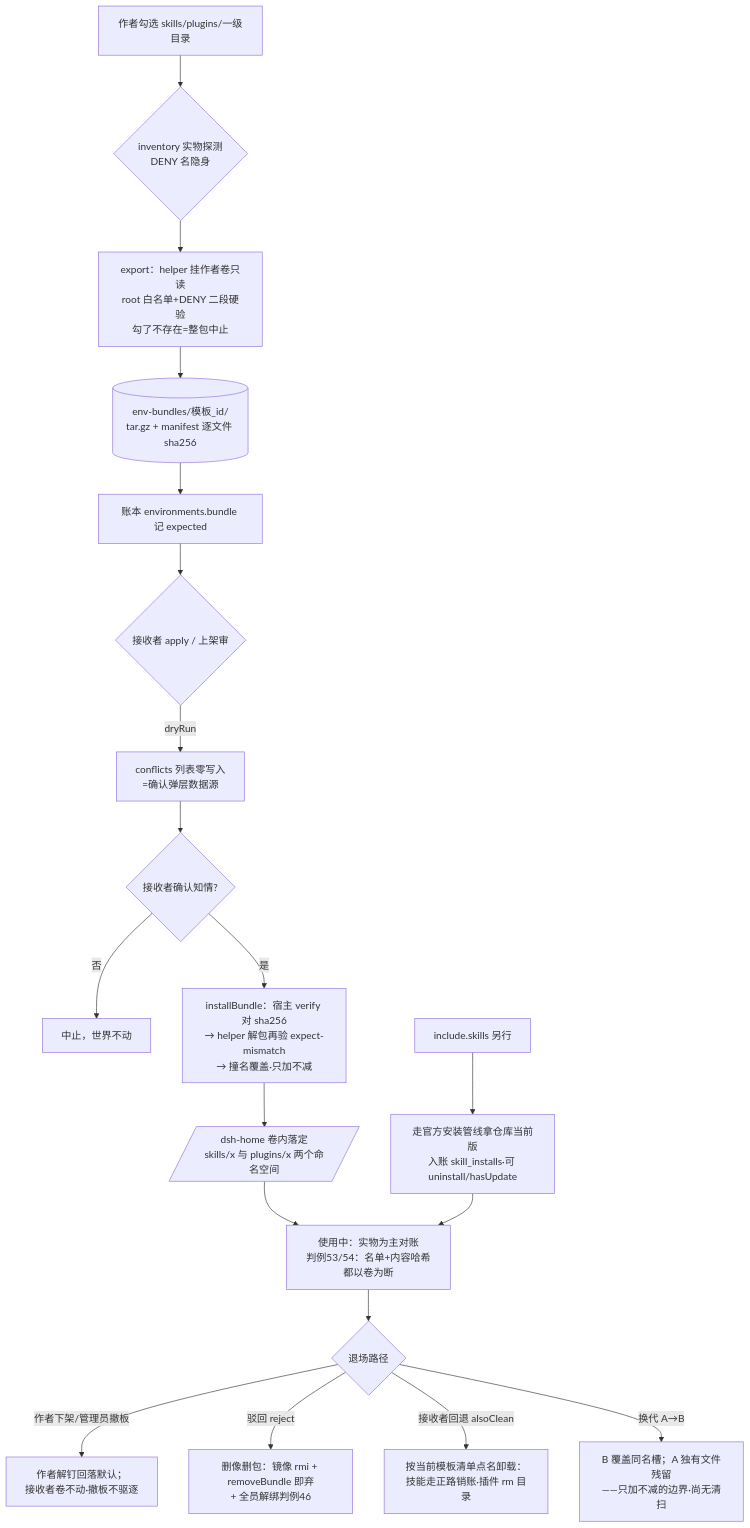
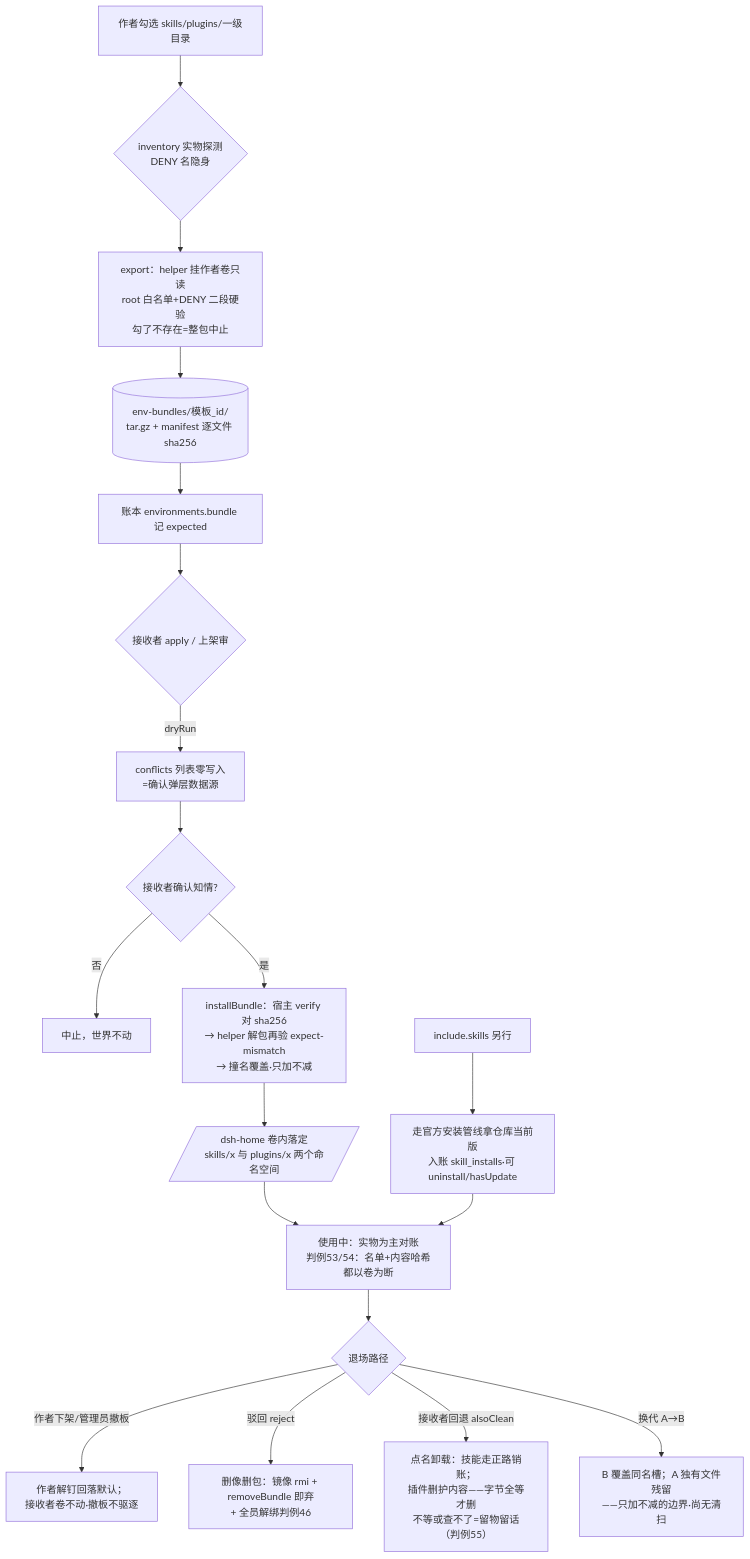
Before and after one commit to maincc/dsh-multitenant: the diagram in docs/storage-and-bundle-map.md, drawn with Mermaid. The commit also changed other lines of this file and 1 other file, not shown here.

Commit message:
docs: 判例55入册+现状文档同步（删护内容三行、alsoClean 流程更新、待办①记半治）——上一 commit 消息声称 fixlog 已写而实际未写（python 语法错），本次补齐并如实自记账实不符之纠

````diff
--- a/docs/storage-and-bundle-map.md
+++ b/docs/storage-and-bundle-map.md
@@ -37,20 +37,20 @@
 ```mermaid
 flowchart TD
   A[作者勾选 skills/plugins/一级目录] --> B{inventory 实物探测<br/>DENY 名隐身}
   B --> C[export：helper 挂作者卷只读<br/>root 白名单+DENY 二段硬验<br/>勾了不存在=整包中止]
   C --> D[(env-bundles/模板_id/<br/>tar.gz + manifest 逐文件 sha256)]
   D --> E[账本 environments.bundle 记 expected]
   E --> F{接收者 apply / 上架审}
   F -->|dryRun| G[conflicts 列表零写入<br/>=确认弹层数据源]
   G --> H{接收者确认知情?}
   H -->|否| X[中止，世界不动]
   H -->|是| I[installBundle：宿主 verify 对 sha256<br/>→ helper 解包再验 expect-mismatch<br/>→ 撞名覆盖·只加不减]
   I --> J[/dsh-home 卷内落定<br/>skills/x 与 plugins/x 两个命名空间/]
   K[include.skills 另行] --> L[走官方安装管线拿仓库当前版<br/>入账 skill_installs·可 uninstall/hasUpdate]
   J & L --> M[使用中：实物为主对账<br/>判例53/54：名单+内容哈希都以卷为断]
   M --> N{退场路径}
   N -->|作者下架/管理员撤板| O[作者解钉回落默认；<br/>接收者卷不动·撤板不驱逐]
   N -->|驳回 reject| P[删像删包：镜像 rmi + removeBundle 即弃<br/>+ 全员解绑判例46]
-  N -->|接收者回退 alsoClean| Q[按当前模板清单点名卸载：<br/>技能走正路销账·插件 rm 目录]
+  N -->|接收者回退 alsoClean| Q[点名卸载：技能走正路销账；<br/>插件删护内容——字节全等才删<br/>不等或查不了=留物留话（判例55）]
   N -->|换代 A→B| R[B 覆盖同名槽；A 独有文件残留<br/>——只加不减的边界·尚无清扫]
 ```
````
